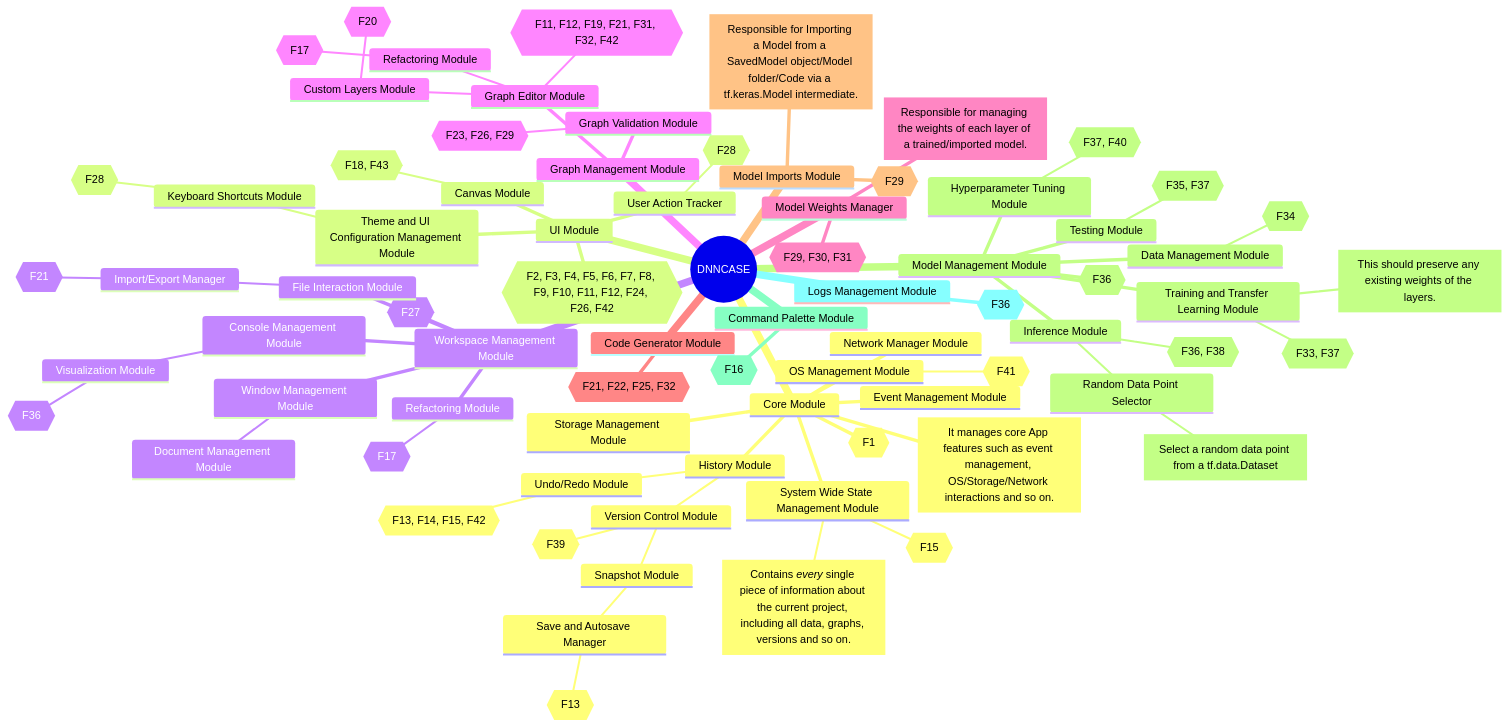
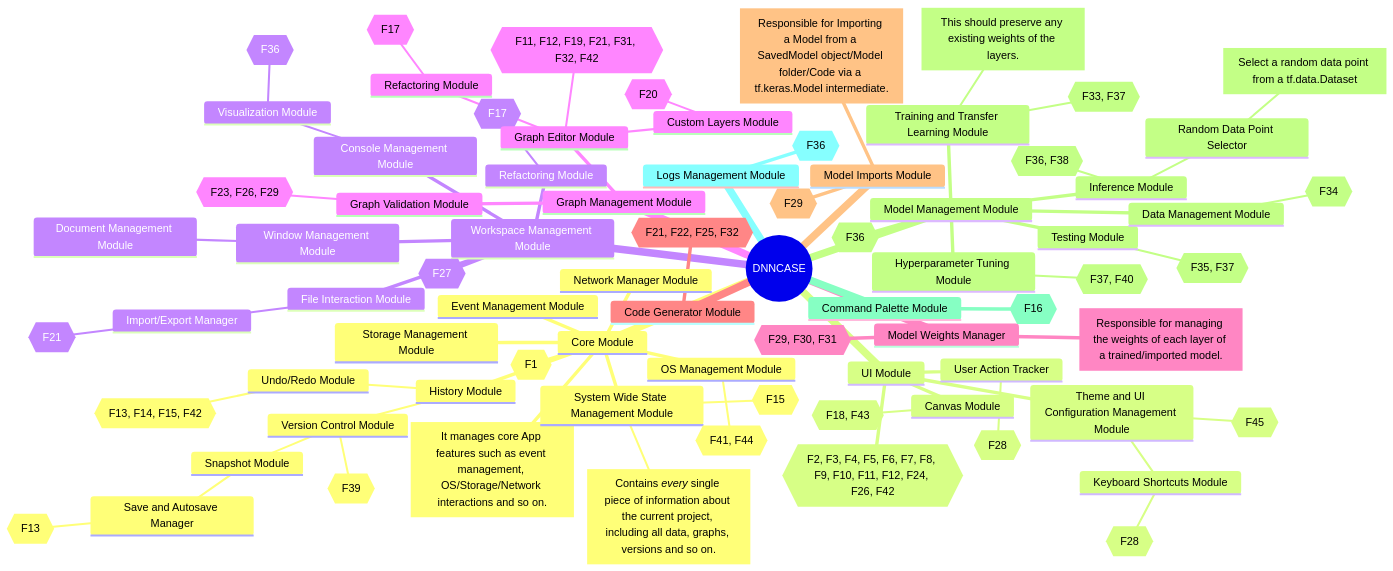
One commit to rohan843/dnncase changed the first of 2 diagrams in Design Diagrams/Top Level Modules.md. Above: the diagram before and after it, drawn with Mermaid.

````diff
--- a/Design Diagrams/Top Level Modules.md
+++ b/Design Diagrams/Top Level Modules.md
@@ -69,80 +69,81 @@
 ```mermaid
 mindmap
   root((DNNCASE))
     Core Module
         id[It manages core App features such as event management, OS/Storage/Network interactions and so on.]
         id{{F1}}
         System Wide State Management Module
             id[Contains _every_ single piece of information about the current project, including all data, graphs, versions and so on.]
             id{{F15}}
         Event Management Module
         Storage Management Module
         OS Management Module
-            id{{F41}}
+            id{{F41, F44}}
         Network Manager Module
         History Module
             Version Control Module
                 id{{F39}}
                 Snapshot Module
                     Save and Autosave Manager
                         id{{F13}}
             Undo/Redo Module
                 id{{F13, F14, F15, F42}}
     UI Module
         id{{F2, F3, F4, F5, F6, F7, F8, F9, F10, F11, F12, F24, F26, F42}}
         Canvas Module
             id{{F18, F43}}
         Theme and UI Configuration Management Module
+            id{{F45}}
             Keyboard Shortcuts Module
                 id{{F28}}
         User Action Tracker
             id{{F28}}
     Workspace Management Module
         id{{F27}}
         Console Management Module
             Visualization Module
                 id{{F36}}
         Refactoring Module
             id{{F17}}
         Window Management Module
             Document Management Module
         File Interaction Module
             Import/Export Manager
                 id{{F21}}
     Graph Management Module
         Graph Editor Module
             id{{F11, F12, F19, F21, F31, F32, F42}}
             Custom Layers Module
                 id{{F20}}
             Refactoring Module
                 id{{F17}}
         Graph Validation Module
             id{{F23, F26, F29}}
     Model Weights Manager
         id[Responsible for managing the weights of each layer of a trained/imported model.]
         id{{F29, F30, F31}}
     Code Generator Module
         id{{F21, F22, F25, F32}}
     Model Imports Module
         id[Responsible for Importing a Model from a SavedModel object/Model folder/Code via a tf.keras.Model intermediate.]
         id{{F29}}
     Model Management Module
         id{{F36}}
         Training and Transfer Learning Module
             id[This should preserve any existing weights of the layers.]
             id{{F33, F37}}
         Hyperparameter Tuning Module
             id{{F37, F40}}
         Testing Module
             id{{F35, F37}}
         Inference Module
             id{{F36, F38}}
             Random Data Point Selector
                 id[Select a random data point from a tf.data.Dataset]
         Data Management Module
             id{{F34}}
     Command Palette Module   
         id{{F16}}
     Logs Management Module
         id{{F36}}
 ```
````
